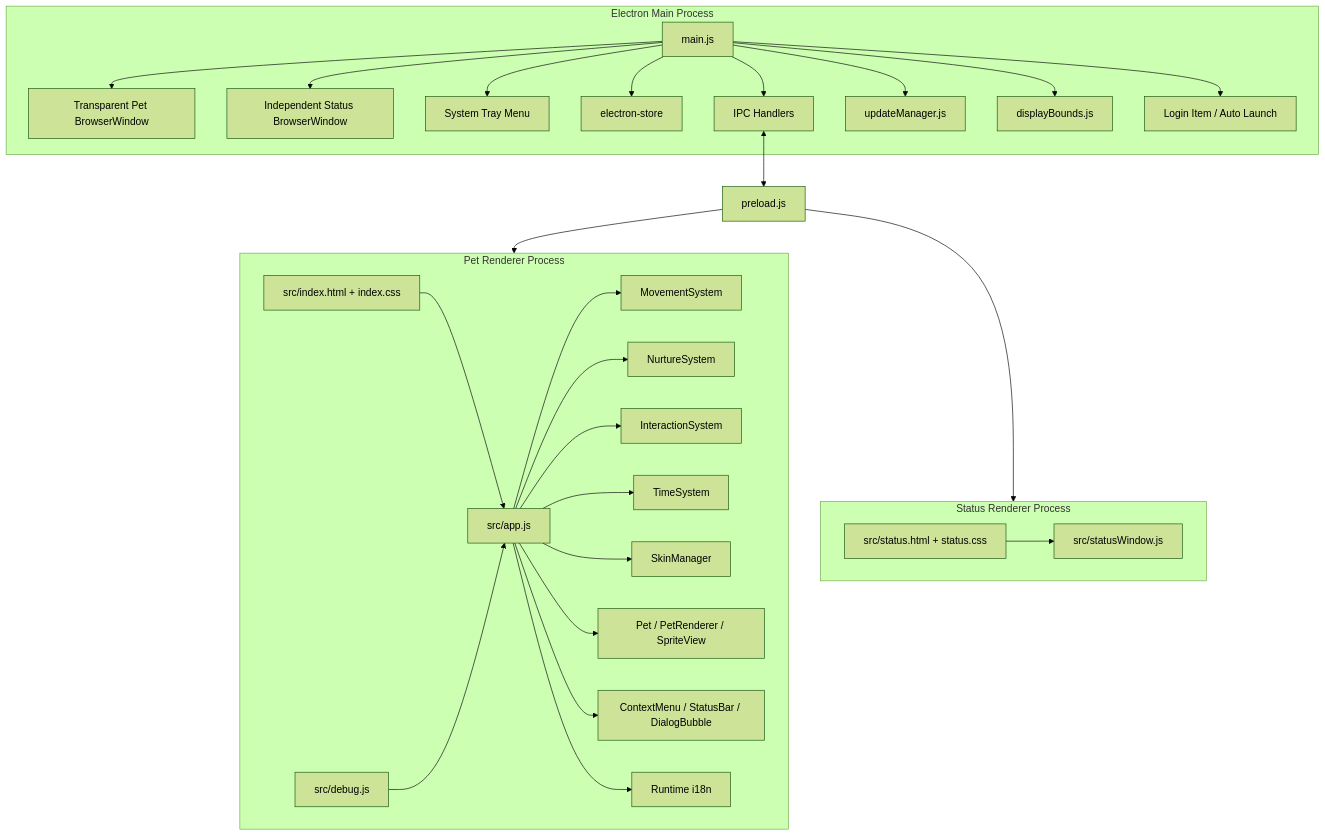
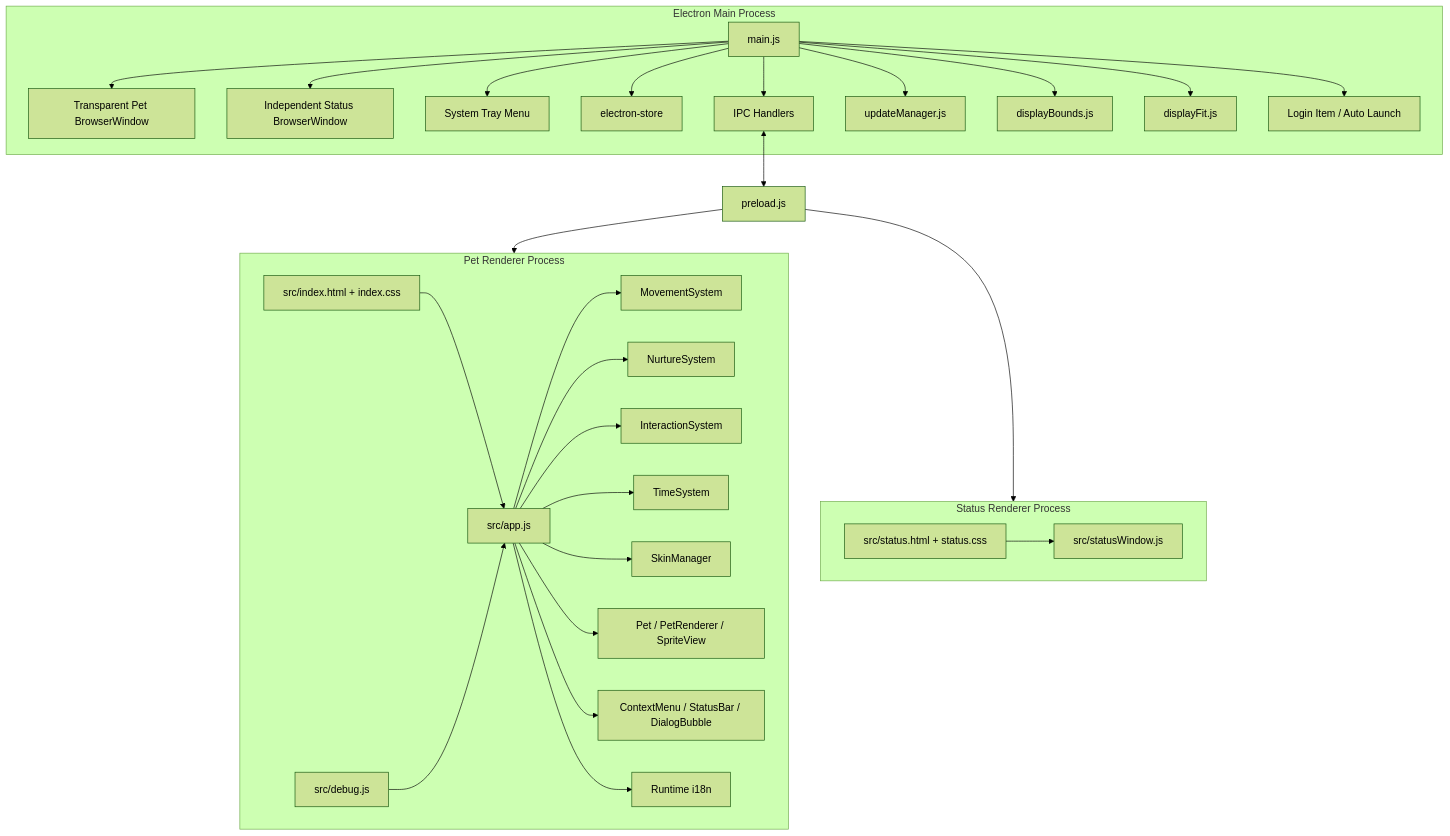
One commit to HuihuiDreams/qijiu-desktop-pet changed the diagram in docs/structure.md. Above: the diagram before and after it, drawn with Mermaid (forest theme). The commit also changed other lines of this file and 5 other files, not shown here.

````diff
--- a/docs/structure.md
+++ b/docs/structure.md
@@ -11,35 +11,36 @@
 ```mermaid
 graph TB
     subgraph Main["Electron Main Process"]
         MainJs["main.js"]
         MainJs --> PetWindow["Transparent Pet BrowserWindow"]
         MainJs --> StatusWindow["Independent Status BrowserWindow"]
         MainJs --> Tray["System Tray Menu"]
         MainJs --> Store["electron-store"]
         MainJs --> IPC["IPC Handlers"]
         MainJs --> Update["updateManager.js"]
         MainJs --> Bounds["displayBounds.js"]
+        MainJs --> Fit["displayFit.js"]
         MainJs --> AutoLaunch["Login Item / Auto Launch"]
     end
 
     subgraph Renderer["Pet Renderer Process"]
         Index["src/index.html + index.css"] --> App["src/app.js"]
         App --> Movement["MovementSystem"]
         App --> Nurture["NurtureSystem"]
         App --> Interaction["InteractionSystem"]
         App --> Time["TimeSystem"]
         App --> Skin["SkinManager"]
         App --> Pet["Pet / PetRenderer / SpriteView"]
         App --> UI["ContextMenu / StatusBar / DialogBubble"]
         App --> I18N["Runtime i18n"]
         Debug["src/debug.js"] --> App
     end
 
     subgraph Status["Status Renderer Process"]
         StatusHtml["src/status.html + status.css"] --> StatusJs["src/statusWindow.js"]
     end
 
     Preload["preload.js"] --> Renderer
     Preload --> Status
     IPC <--> Preload
 ```
````
